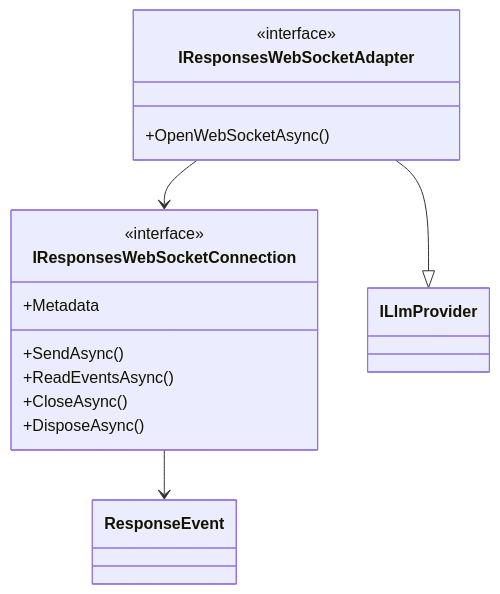
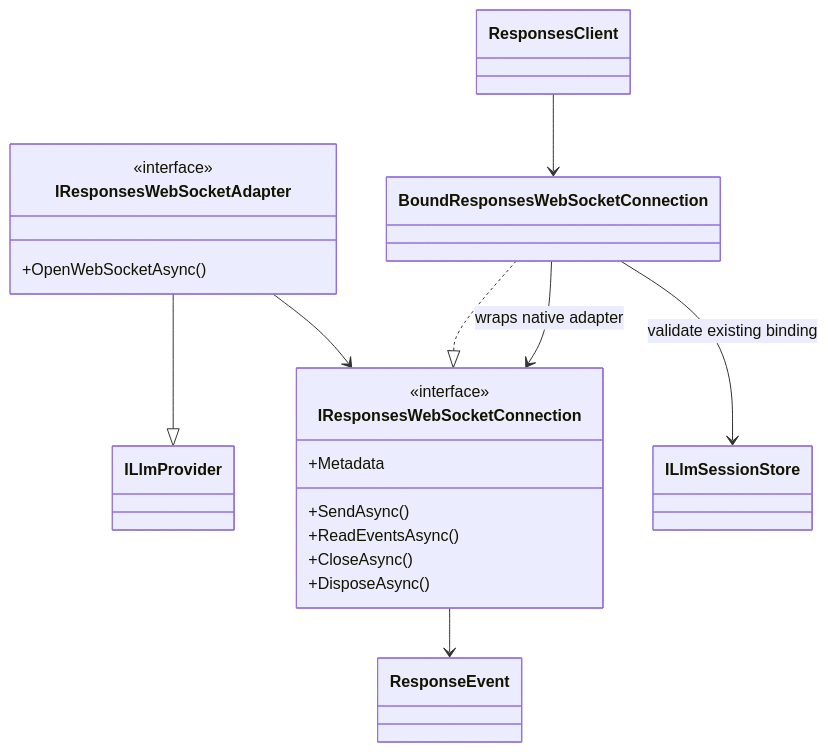
The fourth of 6 diagrams in docs/architecture.md (BenLampson/Asgard.Loki), drawn with Mermaid before and after one commit. The commit also changed other lines of this file and 18 other files, not shown here.

Commit message:
feat(llm): bind Responses WebSocket connections to Sessions

````diff
--- a/docs/architecture.md
+++ b/docs/architecture.md
@@ -156,18 +158,22 @@
 ```mermaid
 classDiagram
 class IResponsesWebSocketAdapter {
   <<interface>>
   +OpenWebSocketAsync()
 }
 class IResponsesWebSocketConnection {
   <<interface>>
   +Metadata
   +SendAsync()
   +ReadEventsAsync()
   +CloseAsync()
   +DisposeAsync()
 }
 IResponsesWebSocketAdapter --|> ILlmProvider
 IResponsesWebSocketAdapter --> IResponsesWebSocketConnection
 IResponsesWebSocketConnection --> ResponseEvent
+ResponsesClient --> BoundResponsesWebSocketConnection
+BoundResponsesWebSocketConnection ..|> IResponsesWebSocketConnection
+BoundResponsesWebSocketConnection --> IResponsesWebSocketConnection : wraps native adapter
+BoundResponsesWebSocketConnection --> ILlmSessionStore : validate existing binding
 ```
````
